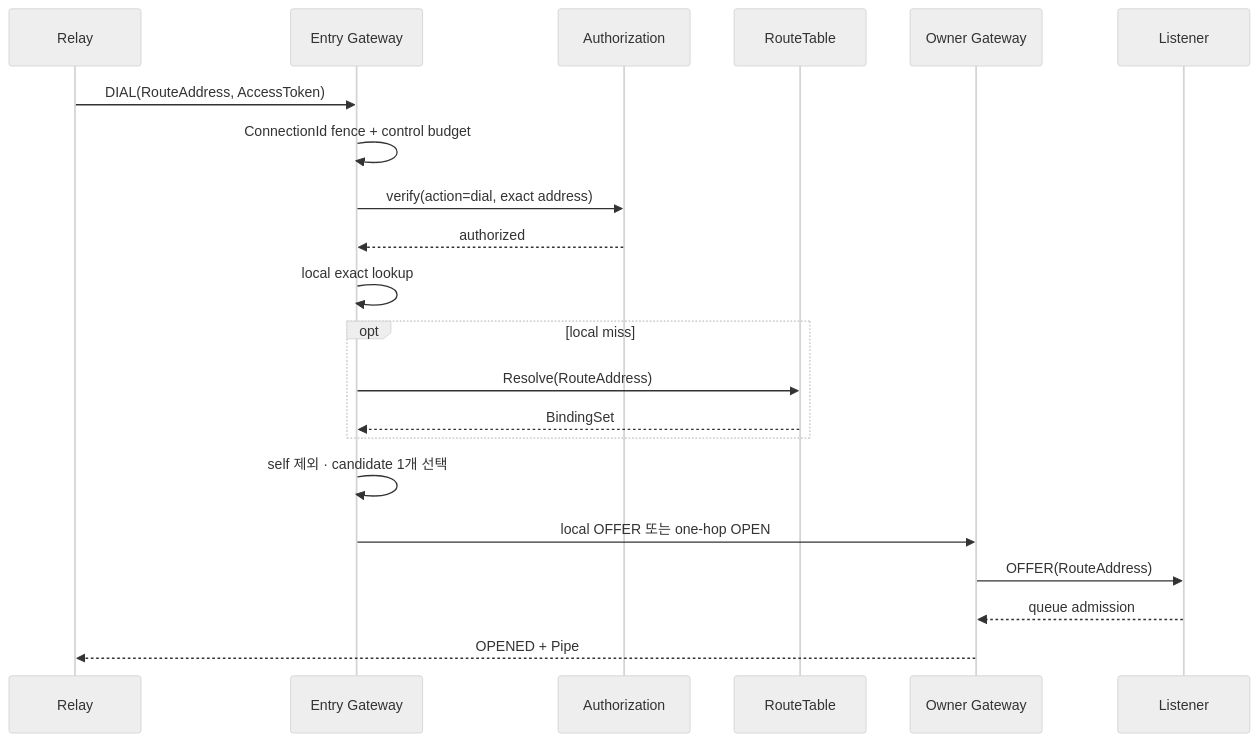
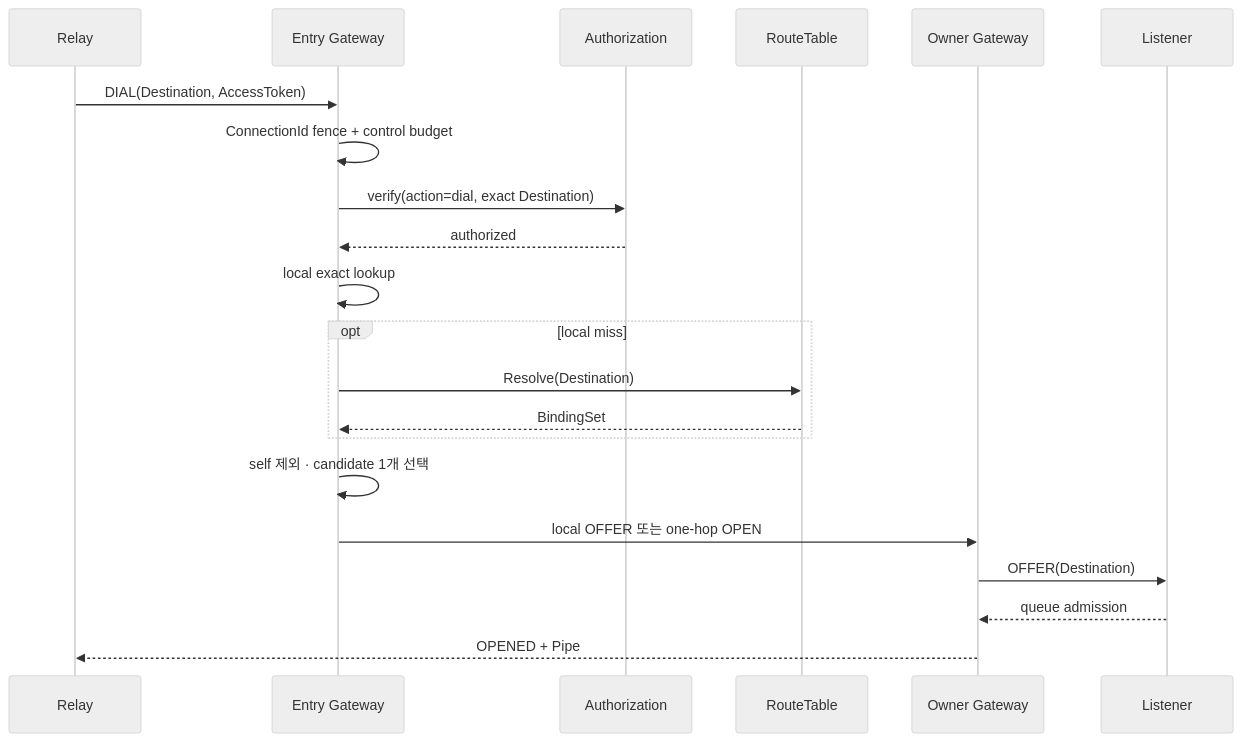
One commit to cagojeiger/relaygate changed the diagram in docs/spec/005-connection-establishment-contract.md. Above: the diagram before and after it, drawn with Mermaid (neutral theme). The commit also changed other lines of this file and 149 other files, not shown here.

````diff
--- a/docs/spec/005-connection-establishment-contract.md
+++ b/docs/spec/005-connection-establishment-contract.md
@@ -3,23 +3,23 @@
 ```mermaid
 sequenceDiagram
     participant R as Relay
     participant E as Entry Gateway
     participant A as Authorization
     participant RT as RouteTable
     participant O as Owner Gateway
     participant L as Listener
-    R->>E: DIAL(RouteAddress, AccessToken)
+    R->>E: DIAL(Destination, AccessToken)
     E->>E: ConnectionId fence + control budget
-    E->>A: verify(action=dial, exact address)
+    E->>A: verify(action=dial, exact Destination)
     A-->>E: authorized
     E->>E: local exact lookup
     opt local miss
-        E->>RT: Resolve(RouteAddress)
+        E->>RT: Resolve(Destination)
         RT-->>E: BindingSet
     end
     E->>E: self 제외 · candidate 1개 선택
     E->>O: local OFFER 또는 one-hop OPEN
-    O->>L: OFFER(RouteAddress)
+    O->>L: OFFER(Destination)
     L-->>O: queue admission
     O-->>R: OPENED + Pipe
 ```
````
